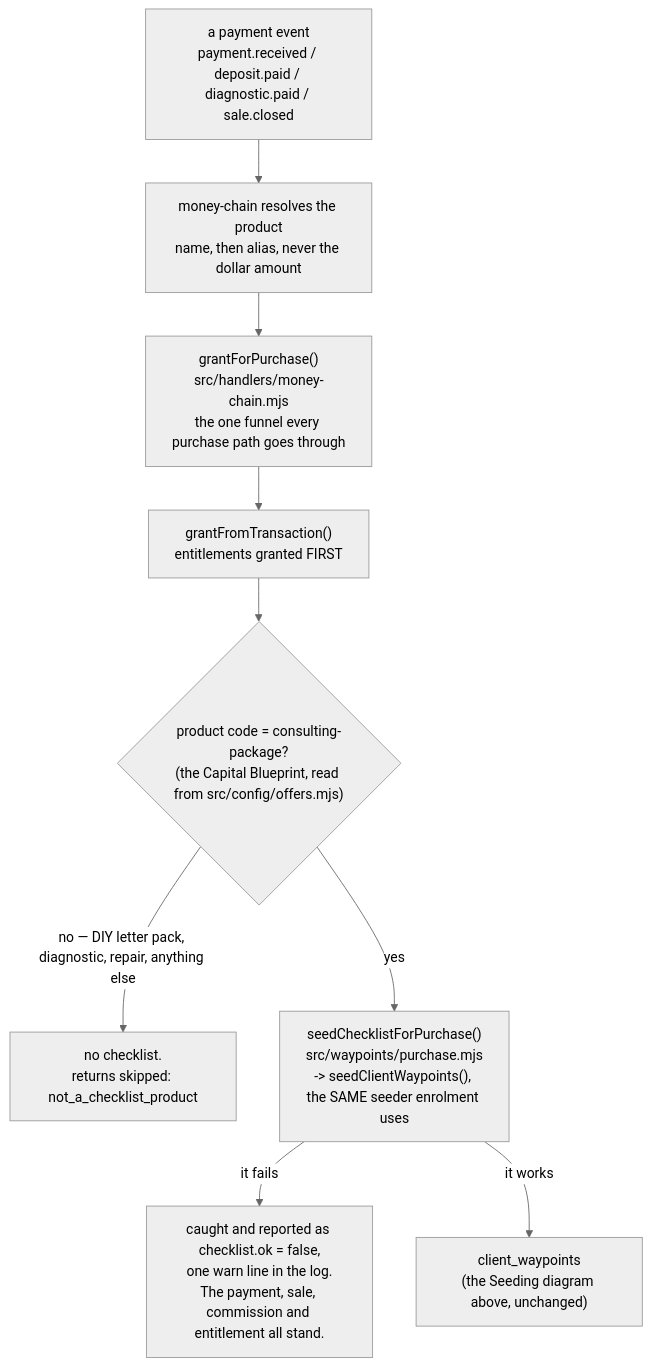
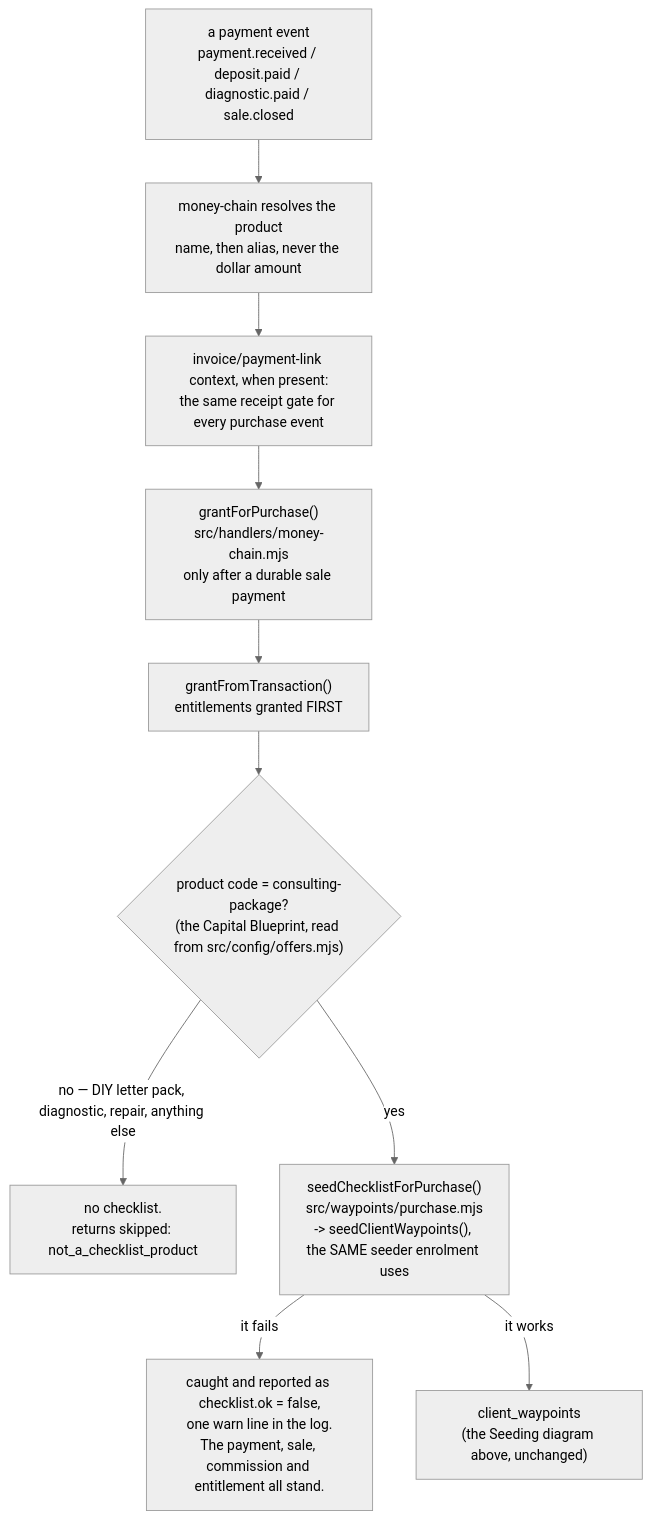
Before and after one commit to ZootimusMaximusSupreme/fundhub-platform: the second of 5 diagrams in docs/journeys/waypoint-seeding-actual.md, drawn with Mermaid (neutral theme). The commit also changed other lines of this file and 35 other files, not shown here.

````diff
--- a/docs/journeys/waypoint-seeding-actual.md
+++ b/docs/journeys/waypoint-seeding-actual.md
@@ -118,11 +118,12 @@
 ```mermaid
 flowchart TD
     P["a payment event<br/>payment.received / deposit.paid / diagnostic.paid / sale.closed"] --> R["money-chain resolves the product<br/>name, then alias, never the dollar amount"]
-    R --> G["grantForPurchase()<br/>src/handlers/money-chain.mjs<br/>the one funnel every purchase path goes through"]
+    R --> V["invoice/payment-link context, when present:<br/>the same receipt gate for every purchase event"]
+    V --> G["grantForPurchase()<br/>src/handlers/money-chain.mjs<br/>only after a durable sale payment"]
     G --> E["grantFromTransaction()<br/>entitlements granted FIRST"]
     E --> Q{"product code = consulting-package?<br/>(the Capital Blueprint, read from src/config/offers.mjs)"}
     Q -->|"no — DIY letter pack, diagnostic, repair, anything else"| N["no checklist.<br/>returns skipped: not_a_checklist_product"]
     Q -->|"yes"| S["seedChecklistForPurchase()<br/>src/waypoints/purchase.mjs<br/>-> seedClientWaypoints(), the SAME seeder enrolment uses"]
     S -->|"it fails"| F["caught and reported as checklist.ok = false,<br/>one warn line in the log.<br/>The payment, sale, commission and entitlement all stand."]
     S -->|"it works"| W["client_waypoints<br/>(the Seeding diagram above, unchanged)"]
 ```
````
